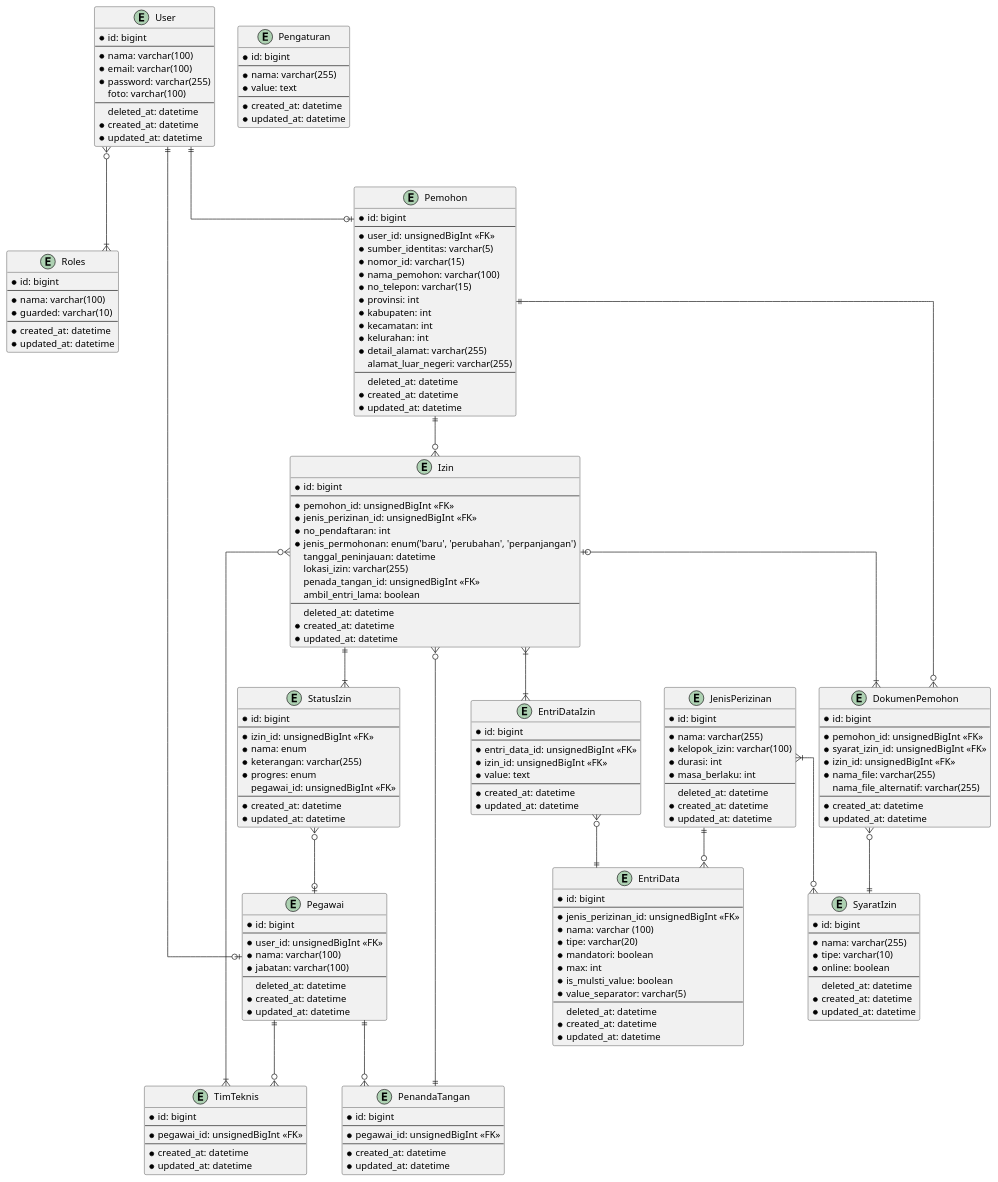
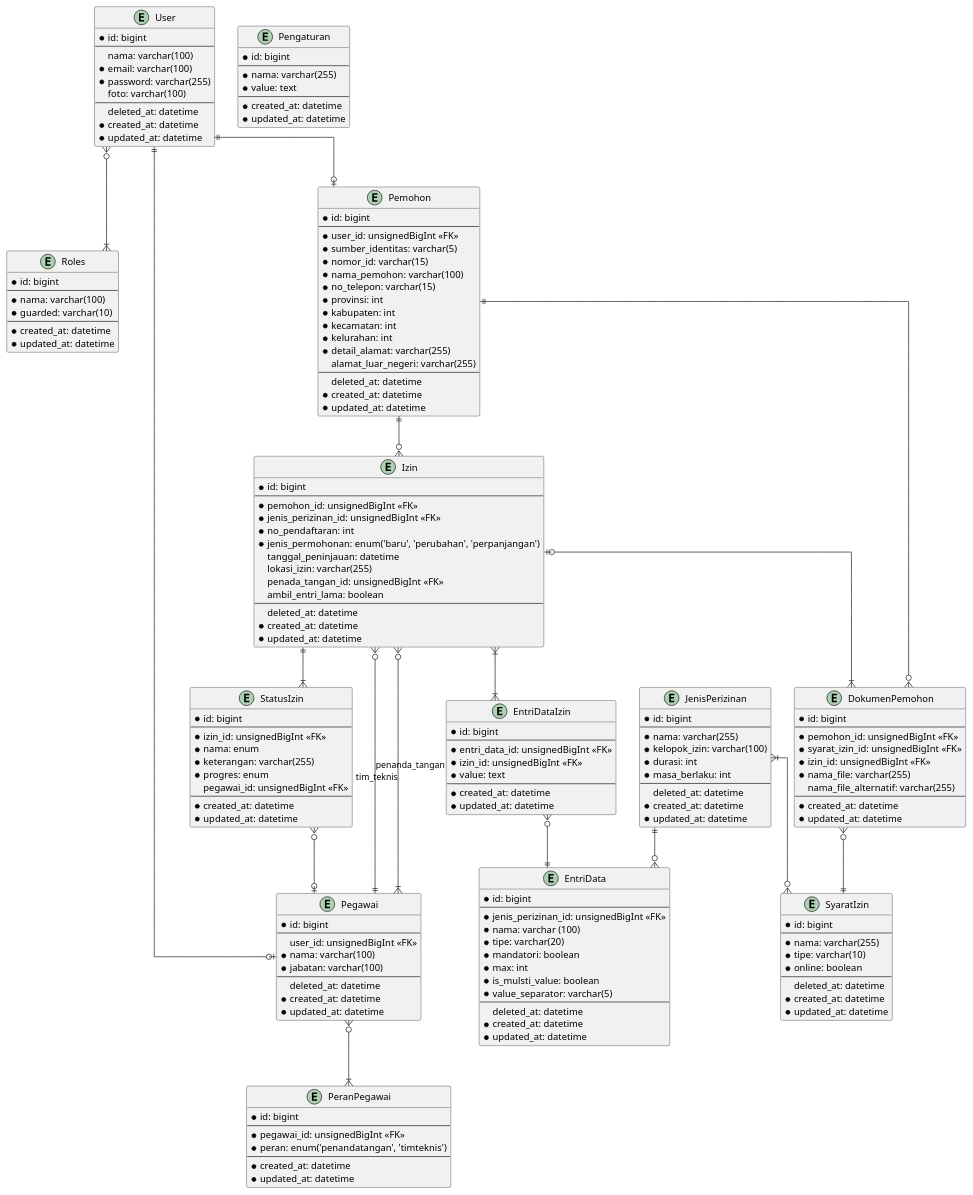
The diagram in docs/diagrams/src/database.puml (maleolabs/nest-nestara-web), drawn with PlantUML before and after one commit. The commit also changed 15 other files, not shown here.

```diff
--- a/docs/diagrams/src/database.puml
+++ b/docs/diagrams/src/database.puml
@@ -5,7 +5,7 @@
 entity User {
     * id: bigint
     --
-    * nama: varchar(100)
+      nama: varchar(100)
     * email: varchar(100)
     * password: varchar(255)
       foto: varchar(100)
@@ -28,7 +28,7 @@
 entity Pegawai {
     * id: bigint
     --
-    * user_id: unsignedBigInt <<FK>>
+      user_id: unsignedBigInt <<FK>>
     * nama: varchar(100)
     * jabatan: varchar(100)
     --
@@ -37,19 +37,11 @@
     * updated_at: datetime
 }
 
-entity PenandaTangan {
+entity PeranPegawai {
     * id: bigint
     --
     * pegawai_id: unsignedBigInt <<FK>>
-    --
-    * created_at: datetime
-    * updated_at: datetime
-}
-
-entity TimTeknis {
-    * id: bigint
-    --
-    * pegawai_id: unsignedBigInt <<FK>>
+    * peran: enum('penandatangan', 'timteknis')
     --
     * created_at: datetime
     * updated_at: datetime
@@ -183,8 +175,7 @@
 User }o--|{ Roles
 User ||--o| Pemohon
 User ||--o| Pegawai
-Pegawai ||--o{ PenandaTangan
-Pegawai ||--o{ TimTeknis
+Pegawai }o--|{ PeranPegawai
 JenisPerizinan }|--o{ SyaratIzin
 JenisPerizinan ||--o{ EntriData
 EntriDataIzin }o--|| EntriData
@@ -194,8 +185,8 @@
 Izin |o--|{ DokumenPemohon
 Izin ||--|{ StatusIzin
 Izin }|--|{ EntriDataIzin
-Izin }o--|| PenandaTangan
-Izin }o--|{ TimTeknis
+Izin }o--|| Pegawai: penanda_tangan
+Izin }o--|{ Pegawai: tim_teknis
 StatusIzin }o--o| Pegawai
 
 @enduml
```
